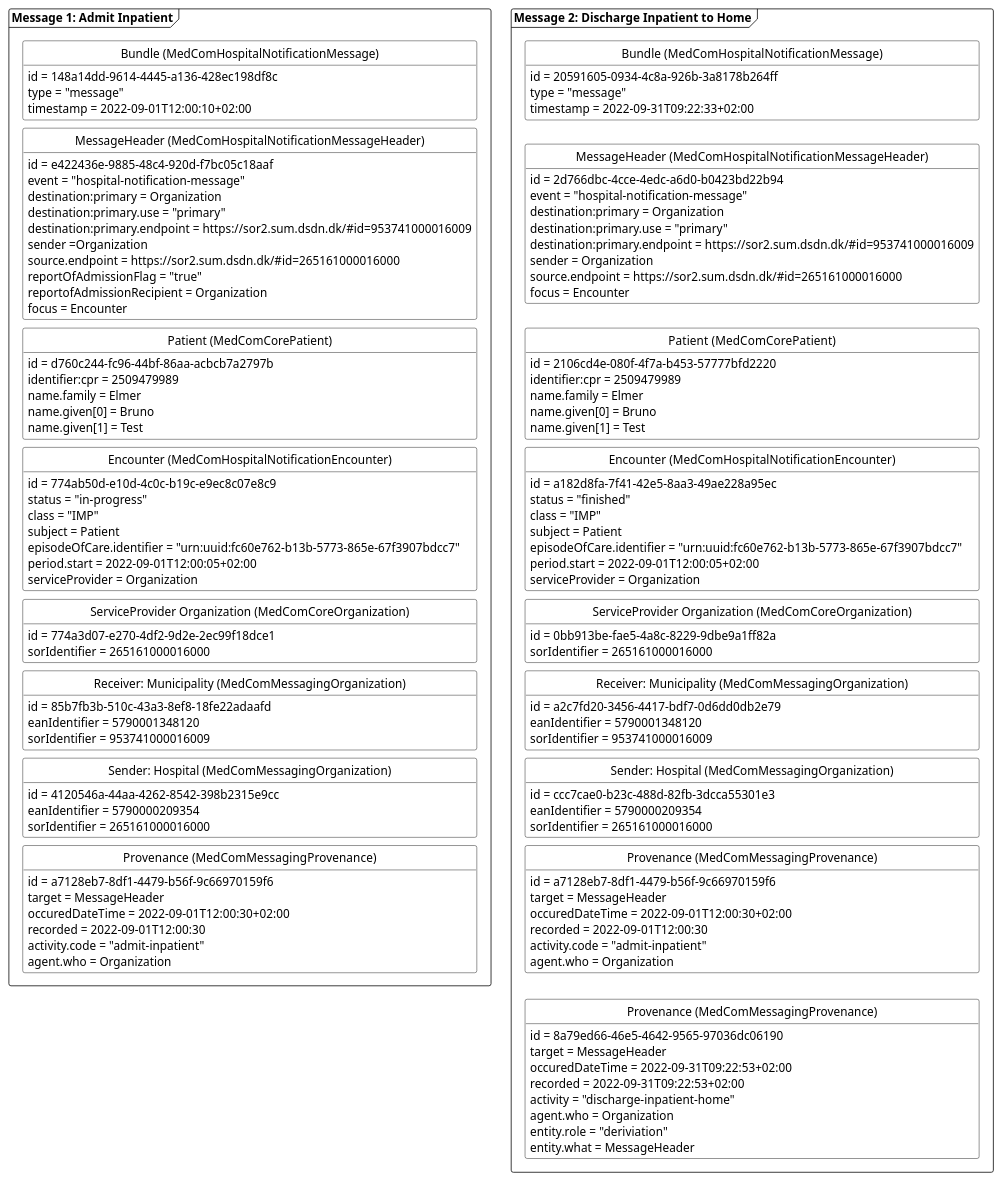
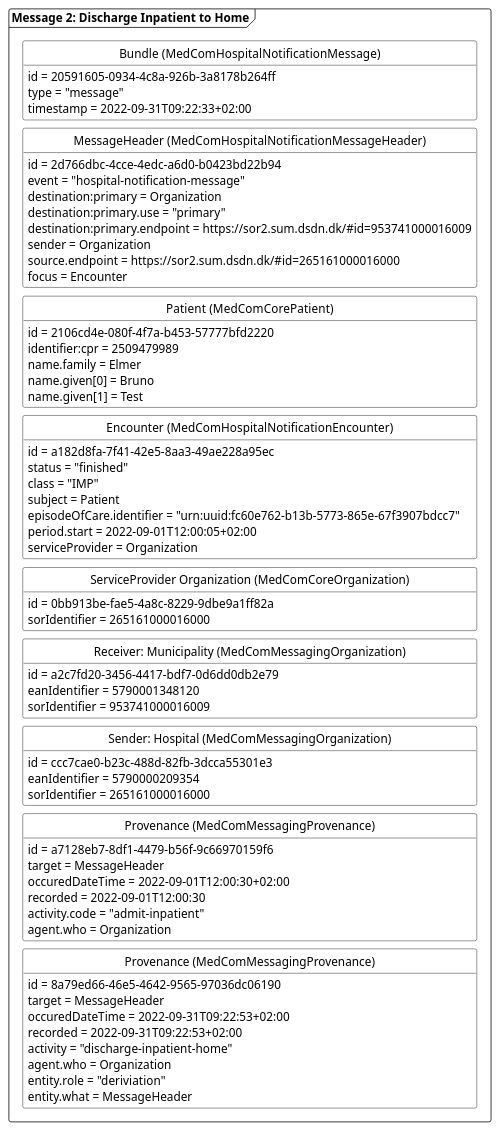
One commit to medcomdk/dk-medcom-hospitalnotification changed the diagram in puml/HospitalNotificationAdmitFinish.puml. Above: the diagram before and after it, drawn with PlantUML.

Commit message:
example patient admit added

```diff
--- a/puml/HospitalNotificationAdmitFinish.puml
+++ b/puml/HospitalNotificationAdmitFinish.puml
@@ -1,164 +1,98 @@
 @startuml HNAdmitFinish
 
 'layout
 skinparam class {
     BackgroundColor White
     BorderColor Black
     ArrowColor Black
   }
 hide circle
 hide empty members
 skinparam SameClassWidth true
 skinparam Ranksep 10
 
 
 'title
 'title Simplified example: Admit and Discharge Inpatient
 
-'Message 1: Admit inpatient
-package "Message 1: Admit Inpatient" as admit <<Frame>>{
-    class "Bundle (MedComHospitalNotificationMessage)" as admitB{
-        id = 148a14dd-9614-4445-a136-428ec198df8c
-        type = "message"
-        timestamp = 2022-09-01T12:00:10+02:00
-    }
-    class "MessageHeader (MedComHospitalNotificationMessageHeader)" as admitMH{
-        id = e422436e-9885-48c4-920d-f7bc05c18aaf
-        event = "hospital-notification-message"
-        destination:primary = Organization
-        destination:primary.use = "primary"
-        destination:primary.endpoint = https://sor2.sum.dsdn.dk/#id=953741000016009
-        sender =Organization
-        source.endpoint = https://sor2.sum.dsdn.dk/#id=265161000016000
-        reportOfAdmissionFlag = "true"
-        reportofAdmissionRecipient = Organization
-        focus = Encounter
-    }
-    class "Patient (MedComCorePatient)" as admitPT{
-        id = d760c244-fc96-44bf-86aa-acbcb7a2797b
-        identifier:cpr = 2509479989
-        name.family = Elmer
-        name.given[0] = Bruno
-        name.given[1] = Test
-    }
-    class "Encounter (MedComHospitalNotificationEncounter)" as admitENC{
-        id = 774ab50d-e10d-4c0c-b19c-e9ec8c07e8c9
-        status = "in-progress"
-        class = "IMP"
-        subject = Patient
-        episodeOfCare.identifier = "urn:uuid:fc60e762-b13b-5773-865e-67f3907bdcc7"
-        period.start = 2022-09-01T12:00:05+02:00
-        serviceProvider = Organization
-    }    
-    class "ServiceProvider Organization (MedComCoreOrganization)" as admitSPOrg{
-        id = 774a3d07-e270-4df2-9d2e-2ec99f18dce1
-        sorIdentifier = 265161000016000
-    }
-    class "Receiver: Municipality (MedComMessagingOrganization)" as admitROrg{
-        id = 85b7fb3b-510c-43a3-8ef8-18fe22adaafd
-        eanIdentifier = 5790001348120
-        sorIdentifier = 953741000016009
-    }
-    class "Sender: Hospital (MedComMessagingOrganization)" as admitSOrg{
-        id = 4120546a-44aa-4262-8542-398b2315e9cc
-        eanIdentifier = 5790000209354
-        sorIdentifier = 265161000016000
-    }
-    class "Provenance  (MedComMessagingProvenance)" as admitPRO{
-        id = a7128eb7-8df1-4479-b56f-9c66970159f6
-        target = MessageHeader
-        occuredDateTime = 2022-09-01T12:00:30+02:00
-        recorded = 2022-09-01T12:00:30
-        activity.code = "admit-inpatient"
-        agent.who = Organization
-    }
-
-admitB -[hidden]- admitMH
-admitMH-[hidden]-admitPT
-admitPT-[hidden]-admitENC
-admitENC-[hidden]-admitSPOrg
-admitSPOrg-[hidden]-admitROrg
-admitROrg-[hidden]-admitSOrg
-admitSOrg-[hidden]-admitPRO
-}
 'Message 2: Finished inpatient
 package "Message 2: Discharge Inpatient to Home" as finished <<Frame>>{
     class "Bundle  (MedComHospitalNotificationMessage)" as finishedB{
         id = 20591605-0934-4c8a-926b-3a8178b264ff
         type = "message"
         timestamp = 2022-09-31T09:22:33+02:00
     }
     class "MessageHeader  (MedComHospitalNotificationMessageHeader)" as finishedMH{
         id = 2d766dbc-4cce-4edc-a6d0-b0423bd22b94
         event = "hospital-notification-message"
         destination:primary = Organization
         destination:primary.use = "primary"
         destination:primary.endpoint = https://sor2.sum.dsdn.dk/#id=953741000016009
         sender = Organization
         source.endpoint = https://sor2.sum.dsdn.dk/#id=265161000016000 
         focus = Encounter
     }
     class "Patient  (MedComCorePatient)" as finishedPT{
         id = 2106cd4e-080f-4f7a-b453-57777bfd2220
         identifier:cpr = 2509479989
         name.family = Elmer
         name.given[0] = Bruno
         name.given[1] = Test
     }
     class "Encounter  (MedComHospitalNotificationEncounter)" as finishedENC{
         id = a182d8fa-7f41-42e5-8aa3-49ae228a95ec
         status = "finished"
         class = "IMP"
         subject = Patient
         episodeOfCare.identifier = "urn:uuid:fc60e762-b13b-5773-865e-67f3907bdcc7"
         period.start = 2022-09-01T12:00:05+02:00
         serviceProvider = Organization
     }
     class "ServiceProvider Organization (MedComCoreOrganization)" as finishedSPOrg{
         id = 0bb913be-fae5-4a8c-8229-9dbe9a1ff82a
         sorIdentifier = 265161000016000
     }    
     class "Receiver: Municipality (MedComMessagingOrganization)" as finishedROrg{
         id = a2c7fd20-3456-4417-bdf7-0d6dd0db2e79
         eanIdentifier = 5790001348120
         sorIdentifier = 953741000016009
     }
     class "Sender: Hospital (MedComMessagingOrganization)" as finishedSOrg{
         id = ccc7cae0-b23c-488d-82fb-3dcca55301e3
         eanIdentifier = 5790000209354
         sorIdentifier = 265161000016000
     }    
     class "Provenance (MedComMessagingProvenance)" as admitfinishedPRO{
         id = a7128eb7-8df1-4479-b56f-9c66970159f6
         target = MessageHeader
         occuredDateTime = 2022-09-01T12:00:30+02:00
         recorded = 2022-09-01T12:00:30
         activity.code = "admit-inpatient"
         agent.who = Organization
     }
     class "Provenance (MedComMessagingProvenance)" as finishedPRO{
         id = 8a79ed66-46e5-4642-9565-97036dc06190        
         target = MessageHeader
         occuredDateTime = 2022-09-31T09:22:53+02:00
         recorded = 2022-09-31T09:22:53+02:00
         activity = "discharge-inpatient-home"
         agent.who = Organization
         entity.role = "deriviation"
         entity.what = MessageHeader
     }
 finishedB-[hidden]-finishedMH
 finishedMH-[hidden]-finishedPT
 finishedPT-[hidden]-finishedENC
 finishedENC-[hidden]-finishedSPOrg
 finishedSPOrg-[hidden]-finishedROrg
 finishedROrg-[hidden]-finishedSOrg
 finishedSOrg-[hidden]-admitfinishedPRO
 admitfinishedPRO-[hidden]-finishedPRO
 
 }
 
 ' pile mellem de to beskeder
 ' admit --> finished
 
 
 @enduml
```
